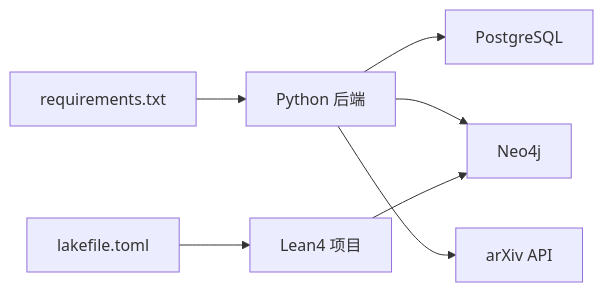
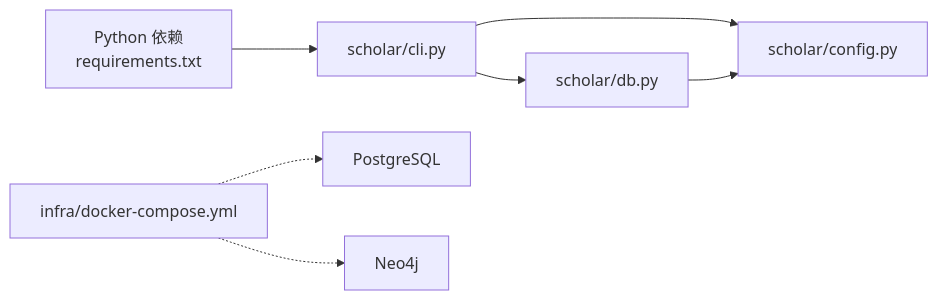
One commit to 1173591564/academic-based-qoder changed the seventh of 7 diagrams in .qoder/repowiki/zh/content/部署与运维/部署与运维.md. Above: the diagram before and after it, drawn with Mermaid. The commit also changed other lines of this file and 221 other files, not shown here.

````diff
--- a/.qoder/repowiki/zh/content/部署与运维/部署与运维.md
+++ b/.qoder/repowiki/zh/content/部署与运维/部署与运维.md
@@ -258,9 +409,9 @@
 ```mermaid
 graph LR
-REQ["requirements.txt"] --> PY["Python 后端"]
-PY --> PG["PostgreSQL"]
-PY --> NEO["Neo4j"]
-PY --> ARX["arXiv API"]
-LKF["lakefile.toml"] --> L4["Lean4 项目"]
-L4 --> NEO
+CLI["scholar/cli.py"] --> CFG["scholar/config.py"]
+CLI --> DB["scholar/db.py"]
+DB --> CFG
+DC["infra/docker-compose.yml"] -.-> PG["PostgreSQL"]
+DC -.-> N4J["Neo4j"]
+PY["Python 依赖<br/>requirements.txt"] --> CLI
 ```
````
